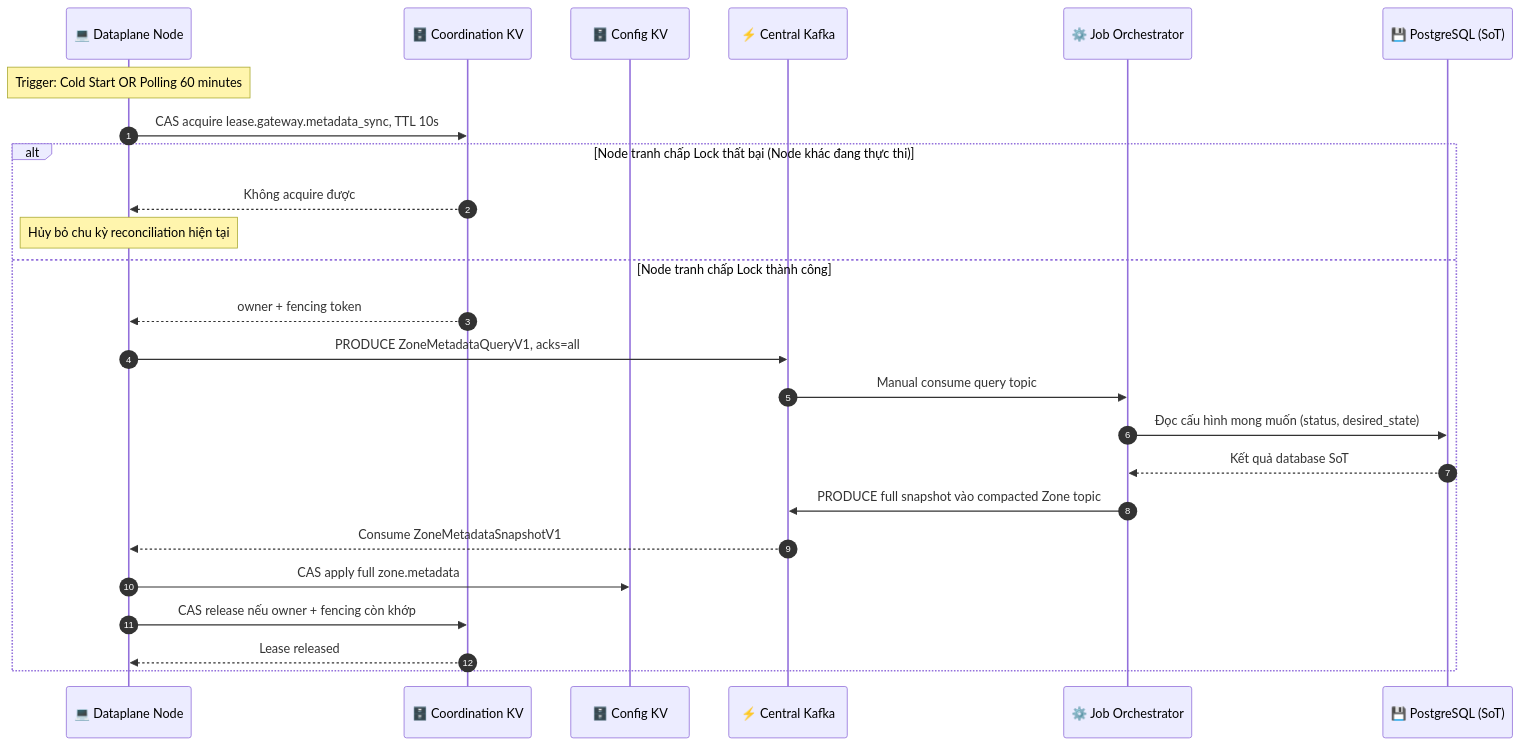
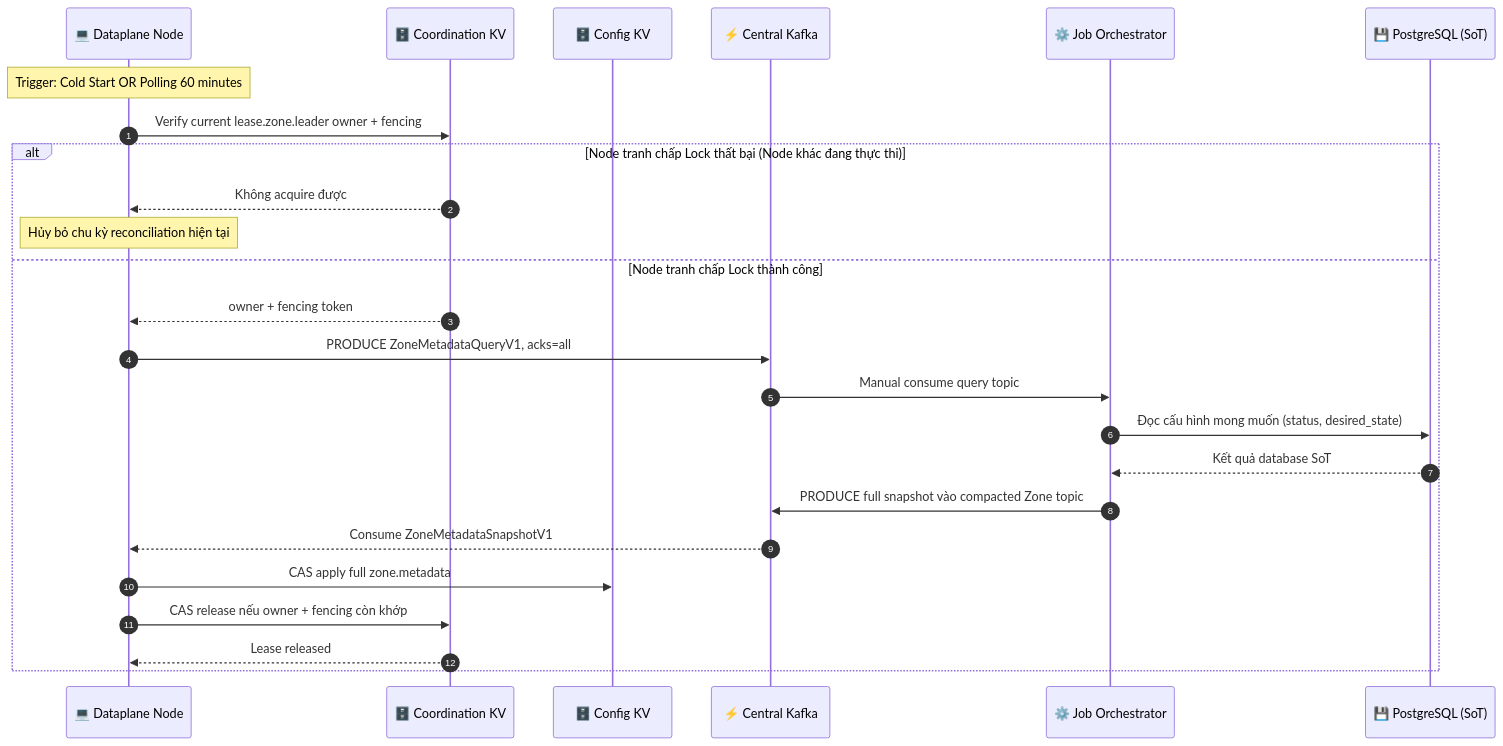
Diagram 15 of 21 in god_view/hierarchy/zone_lifecycle_god_view.md (phucle996/aurora), drawn with Mermaid before and after one commit. The commit also changed other lines of this file and 69 other files, not shown here.

Commit message:
feat: replace zone gateway with leader module to handle metadata synchronization and health monitoring

````diff
--- a/god_view/hierarchy/zone_lifecycle_god_view.md
+++ b/god_view/hierarchy/zone_lifecycle_god_view.md
@@ -765,30 +765,30 @@
 ```mermaid
 sequenceDiagram
     autonumber
     participant DP_Node as 💻 Dataplane Node
     participant CKV as 🗄️ Coordination KV
     participant CFG as 🗄️ Config KV
     participant L1 as ⚡ Central Kafka
     participant JO as ⚙️ Job Orchestrator
     participant DB as 💾 PostgreSQL (SoT)
 
     Note over DP_Node: Trigger: Cold Start OR Polling 60 minutes
-    DP_Node->>CKV: CAS acquire lease.gateway.metadata_sync, TTL 10s
+    DP_Node->>CKV: Verify current lease.zone.leader owner + fencing
     
     alt Node tranh chấp Lock thất bại (Node khác đang thực thi)
         CKV-->>DP_Node: Không acquire được
         Note over DP_Node: Hủy bỏ chu kỳ reconciliation hiện tại
     else Node tranh chấp Lock thành công
         CKV-->>DP_Node: owner + fencing token
         DP_Node->>L1: PRODUCE ZoneMetadataQueryV1, acks=all
         L1->>JO: Manual consume query topic
         JO->>DB: Đọc cấu hình mong muốn (status, desired_state)
         DB-->>JO: Kết quả database SoT
         JO->>L1: PRODUCE full snapshot vào compacted Zone topic
         L1-->>DP_Node: Consume ZoneMetadataSnapshotV1
         DP_Node->>CFG: CAS apply full zone.metadata
         
         DP_Node->>CKV: CAS release nếu owner + fencing còn khớp
         CKV-->>DP_Node: Lease released
     end
 ```
````
